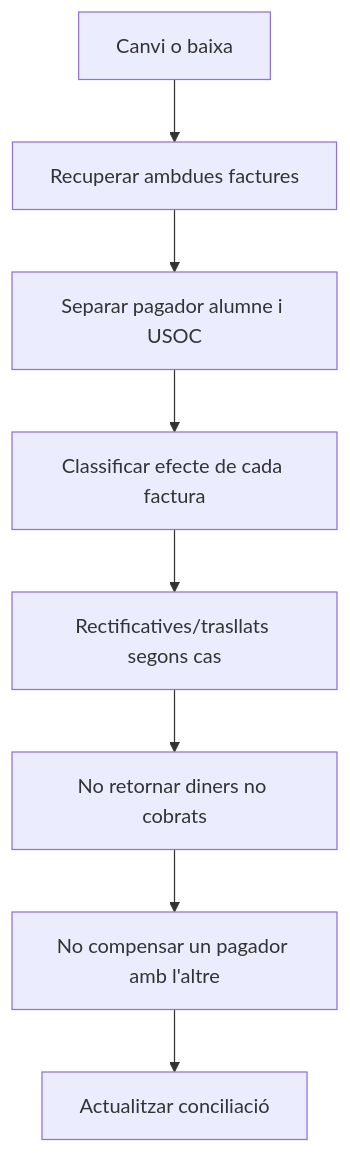
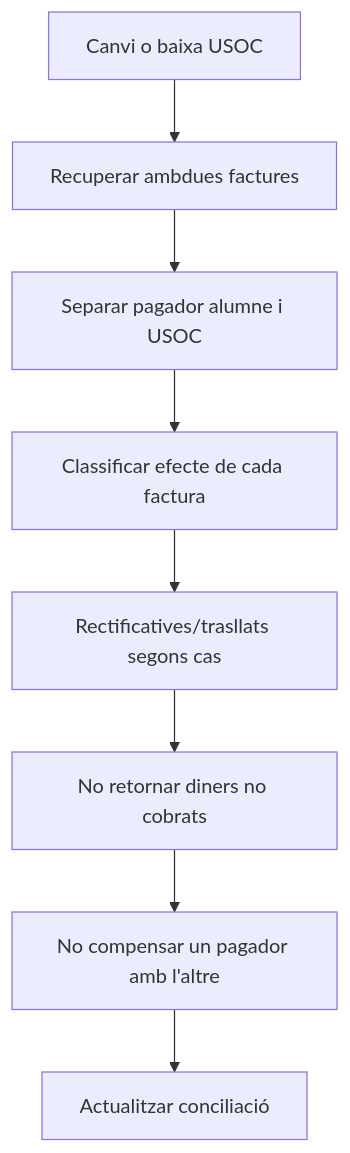
Diagram 24 of 24 in documentacio/07-uml-integrat/uc-013-activitats-pagines-actual-final.md (orgmeriemprismacat-del/verifactu), drawn with Mermaid before and after one commit. The commit also changed other lines of this file, not shown here.

````diff
--- a/documentacio/07-uml-integrat/uc-013-activitats-pagines-actual-final.md
+++ b/documentacio/07-uml-integrat/uc-013-activitats-pagines-actual-final.md
@@ -322,10 +340,10 @@
 ```mermaid
 flowchart TD
-    A[Canvi o baixa] --> B[Recuperar ambdues factures]
+    A[Canvi o baixa USOC] --> B[Recuperar ambdues factures]
     B --> C[Separar pagador alumne i USOC]
     C --> D[Classificar efecte de cada factura]
     D --> E[Rectificatives/trasllats segons cas]
     E --> F[No retornar diners no cobrats]
     F --> G[No compensar un pagador amb l'altre]
     G --> H[Actualitzar conciliació]
 ```
````
